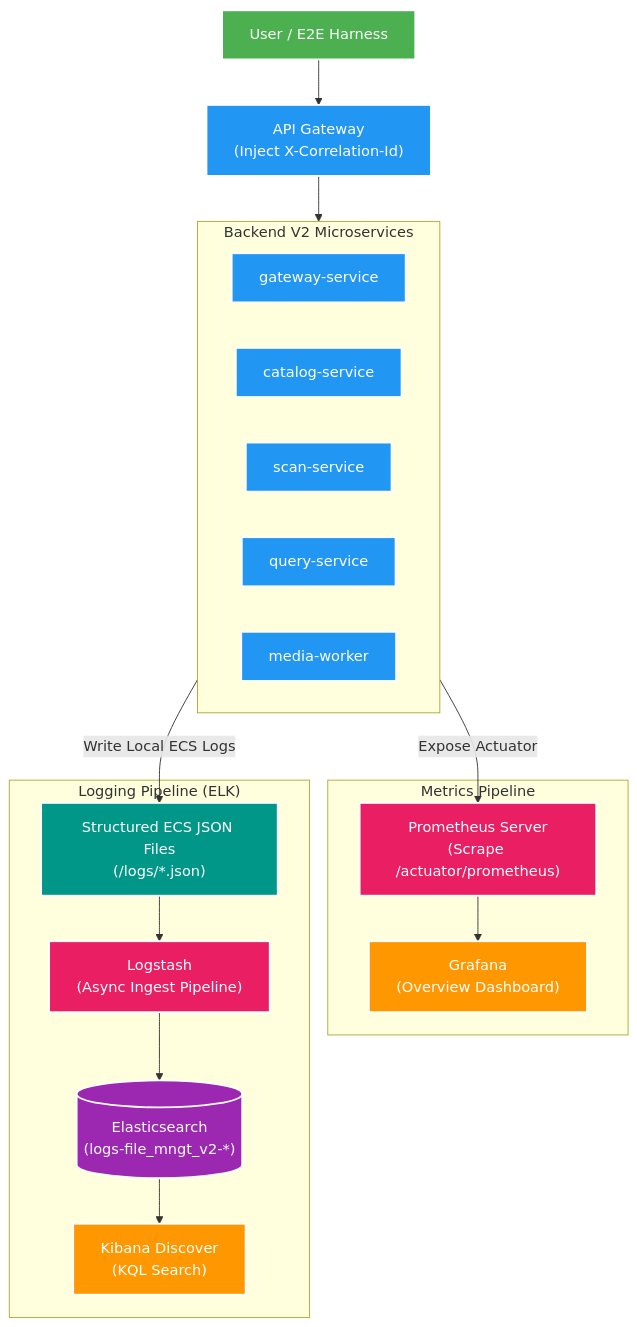
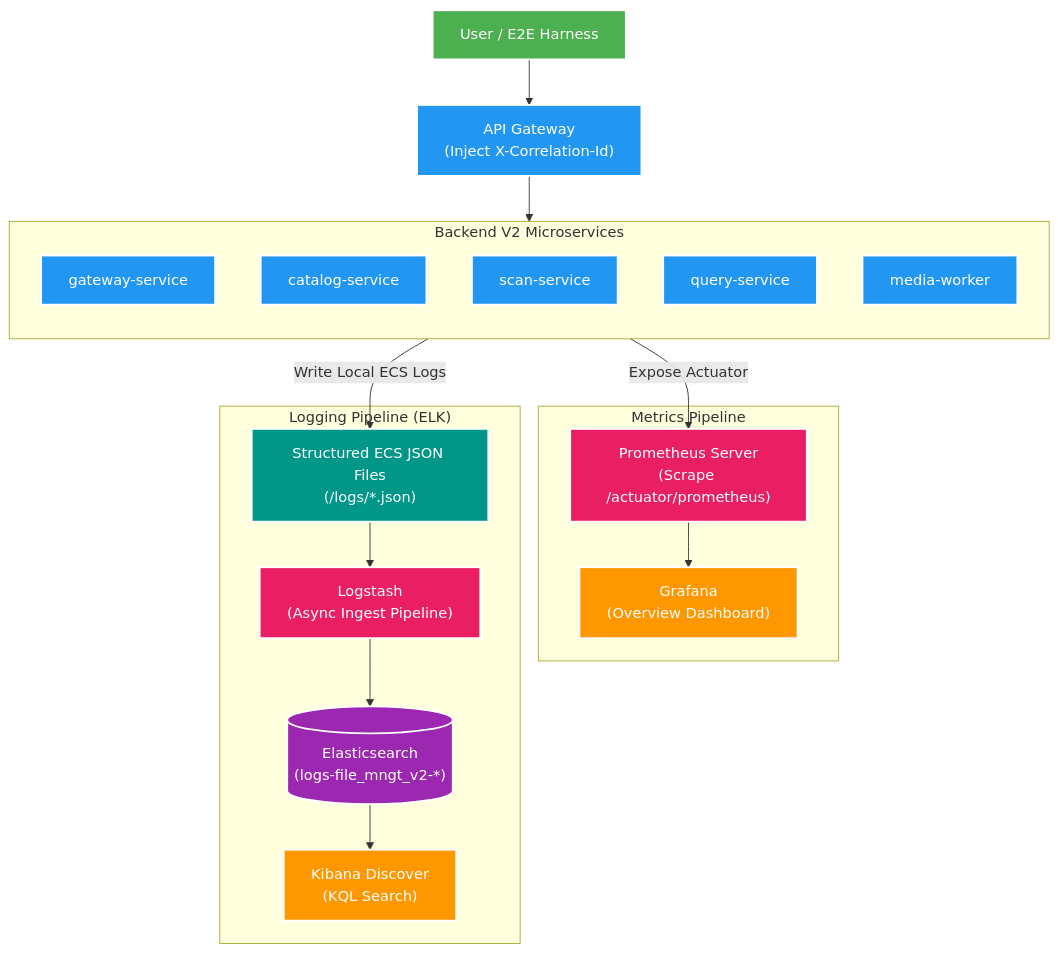
The diagram in manual/learning/deep-dive/observability/00-overview.md (HungPhan200591/file-mngt-be-v2), drawn with Mermaid before and after one commit. The commit also changed 7 other files, not shown here.

````diff
--- a/manual/learning/deep-dive/observability/00-overview.md
+++ b/manual/learning/deep-dive/observability/00-overview.md
@@ -28,47 +28,47 @@
 ```mermaid
 flowchart TB
     CLIENT["<font color='white'>User / E2E Harness</font>"] --> GW["<font color='white'>API Gateway<br/>(Inject X-Correlation-Id)</font>"]
 
     subgraph APPS["Backend V2 Microservices"]
-        direction LR
+        direction TB
         GW_SVC["<font color='white'>gateway-service</font>"]
         CAT_SVC["<font color='white'>catalog-service</font>"]
         SCAN_SVC["<font color='white'>scan-service</font>"]
         QUERY_SVC["<font color='white'>query-service</font>"]
         WORKER_SVC["<font color='white'>media-worker</font>"]
     end
 
     GW --> APPS
 
     subgraph METRICS_STACK["Metrics Pipeline"]
         PROM["<font color='white'>Prometheus Server<br/>(Scrape /actuator/prometheus)</font>"]
         GRAFANA["<font color='white'>Grafana<br/>(Overview Dashboard)</font>"]
         PROM --> GRAFANA
     end
 
     subgraph LOGGING_STACK["Logging Pipeline (ELK)"]
         ECS_FILES["<font color='white'>Structured ECS JSON Files<br/>(/logs/*.json)</font>"]
         LOGSTASH["<font color='white'>Logstash<br/>(Async Ingest Pipeline)</font>"]
         ES_LOGS[("<font color='white'>Elasticsearch<br/>(logs-file_mngt_v2-*)</font>")]
         KIBANA["<font color='white'>Kibana Discover<br/>(KQL Search)</font>"]
 
         ECS_FILES --> LOGSTASH --> ES_LOGS --> KIBANA
     end
 
     APPS -->|Expose Actuator| PROM
     APPS -->|Write Local ECS Logs| ECS_FILES
 
     style CLIENT fill:#4CAF50,stroke:#fff,stroke-width:2px
     style GW fill:#2196F3,stroke:#fff,stroke-width:2px
     style GW_SVC fill:#2196F3,stroke:#fff,stroke-width:2px
     style CAT_SVC fill:#2196F3,stroke:#fff,stroke-width:2px
     style SCAN_SVC fill:#2196F3,stroke:#fff,stroke-width:2px
     style QUERY_SVC fill:#2196F3,stroke:#fff,stroke-width:2px
     style WORKER_SVC fill:#2196F3,stroke:#fff,stroke-width:2px
     style PROM fill:#E91E63,stroke:#fff,stroke-width:2px
     style GRAFANA fill:#FF9800,stroke:#fff,stroke-width:2px
     style ECS_FILES fill:#009688,stroke:#fff,stroke-width:2px
     style LOGSTASH fill:#E91E63,stroke:#fff,stroke-width:2px
     style ES_LOGS fill:#9C27B0,stroke:#fff,stroke-width:2px
     style KIBANA fill:#FF9800,stroke:#fff,stroke-width:2px
 ```
````
